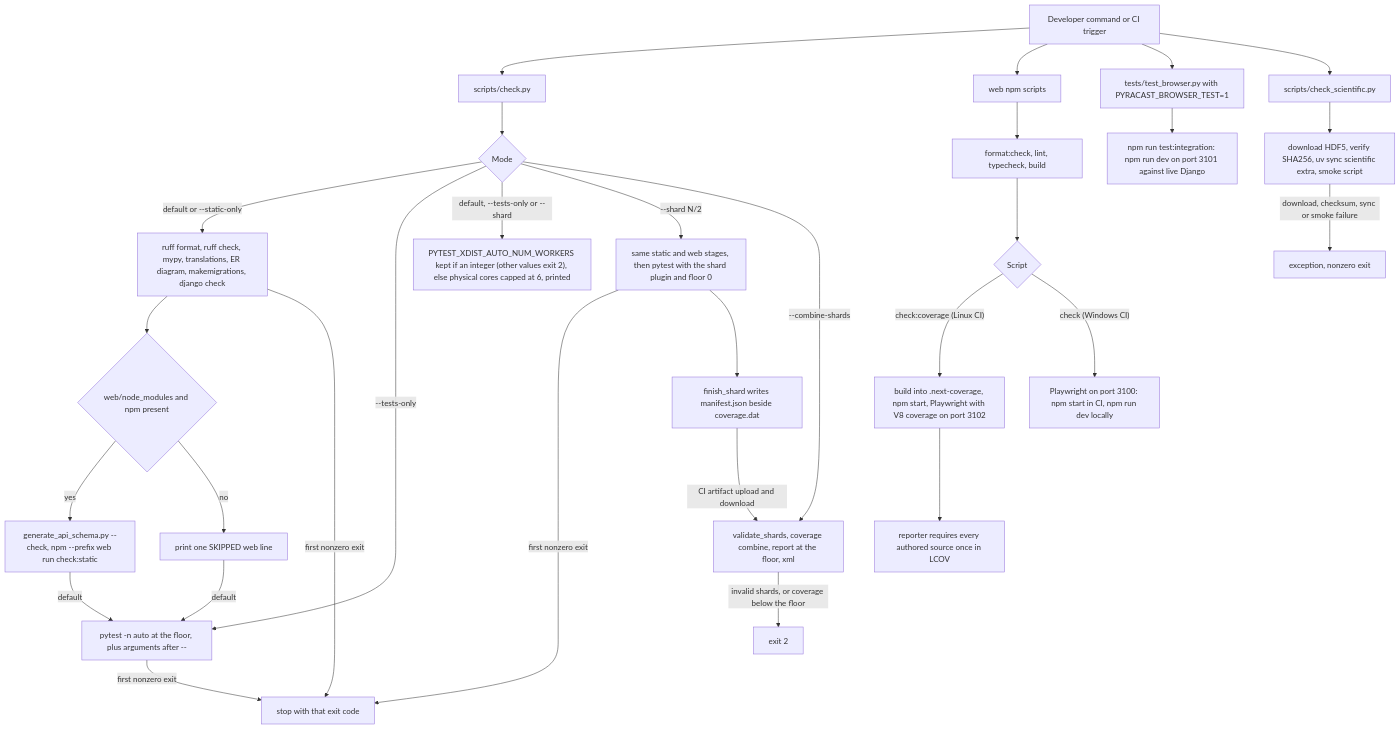
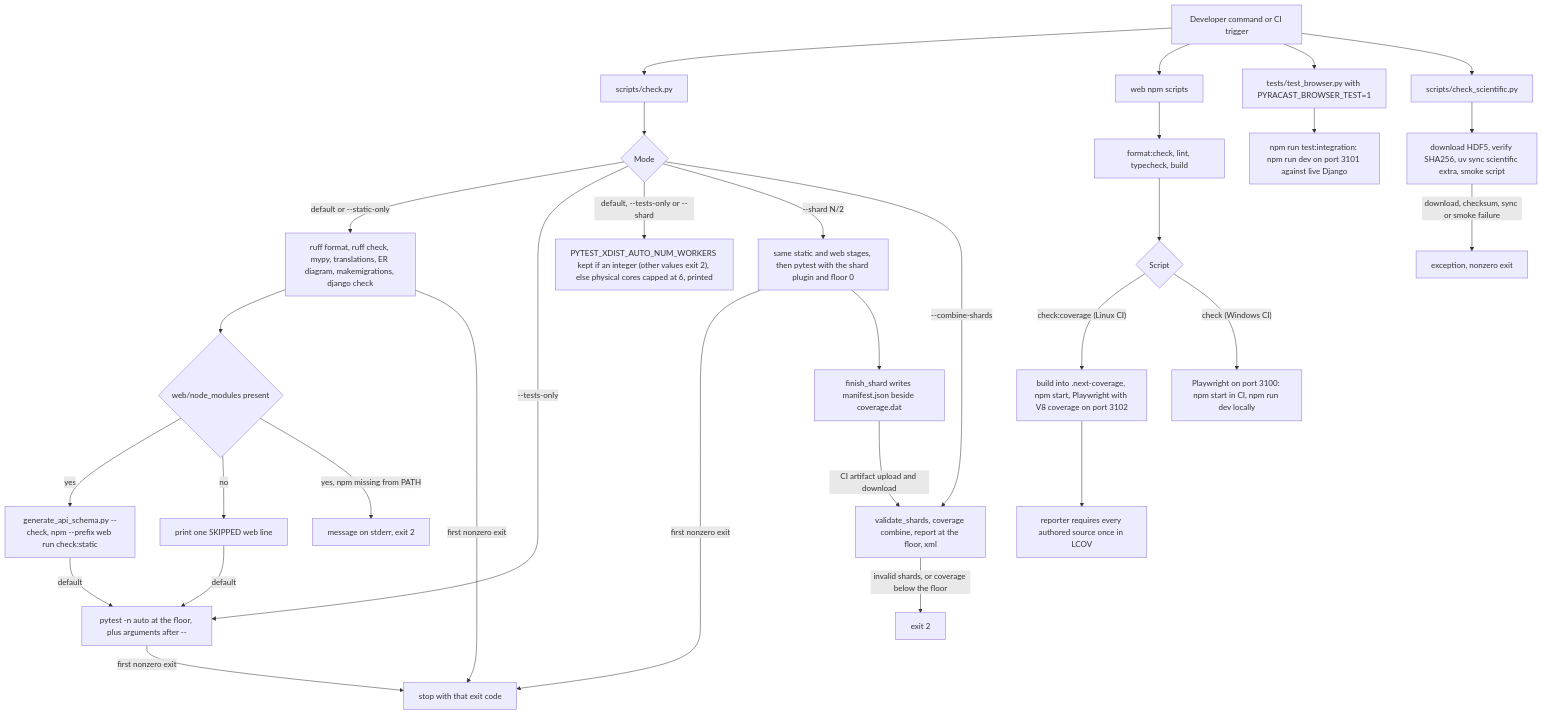
One commit to erkurtharun/pyracast changed the diagram in docs/flows/developer-quality-gate.md. Above: the diagram before and after it, drawn with Mermaid. The commit also changed other lines of this file and 9 other files, not shown here.

First line of the commit message:
Fail the gate when npm is missing beside web dependencies and pin the schema check's Node half

````diff
--- a/docs/flows/developer-quality-gate.md
+++ b/docs/flows/developer-quality-gate.md
@@ -16,32 +16,33 @@
 ```mermaid
 flowchart TD
     trig["Developer command or CI trigger"] --> B["scripts/check.py"]
     trig --> W["web npm scripts"]
     trig --> BR["tests/test_browser.py with PYRACAST_BROWSER_TEST=1"]
     trig --> S["scripts/check_scientific.py"]
     B --> M{"Mode"}
     M -->|"default or --static-only"| F["ruff format, ruff check, mypy, translations, ER diagram, makemigrations, django check"]
-    F --> WS{"web/node_modules and npm present"}
+    F --> WS{"web/node_modules present"}
     WS -->|"yes"| WG["generate_api_schema.py --check, npm --prefix web run check:static"]
     WS -->|"no"| SK["print one SKIPPED web line"]
+    WS -->|"yes, npm missing from PATH"| X3["message on stderr, exit 2"]
     WG -->|"default"| P["pytest -n auto at the floor, plus arguments after --"]
     SK -->|"default"| P
     M -->|"--tests-only"| P
     M -->|"default, --tests-only or --shard"| N["PYTEST_XDIST_AUTO_NUM_WORKERS kept if an integer (other values exit 2), else physical cores capped at 6, printed"]
     M -->|"--shard N/2"| H["same static and web stages, then pytest with the shard plugin and floor 0"]
     P -->|"first nonzero exit"| X
     M -->|"--combine-shards"| C["validate_shards, coverage combine, report at the floor, xml"]
     F -->|"first nonzero exit"| X["stop with that exit code"]
     H -->|"first nonzero exit"| X
     H --> K["finish_shard writes manifest.json beside coverage.dat"]
     K -->|"CI artifact upload and download"| C
     C -->|"invalid shards, or coverage below the floor"| X2["exit 2"]
     W --> V["format:check, lint, typecheck, build"]
     V --> R{"Script"}
     R -->|"check:coverage (Linux CI)"| TC["build into .next-coverage, npm start, Playwright with V8 coverage on port 3102"]
     R -->|"check (Windows CI)"| TN["Playwright on port 3100: npm start in CI, npm run dev locally"]
     TC --> LC["reporter requires every authored source once in LCOV"]
     BR --> I["npm run test:integration: npm run dev on port 3101 against live Django"]
     S --> D["download HDF5, verify SHA256, uv sync scientific extra, smoke script"]
     D -->|"download, checksum, sync or smoke failure"| E["exception, nonzero exit"]
 ```
````
